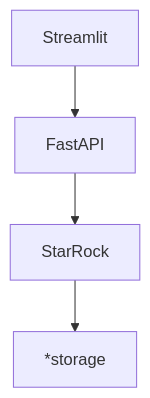
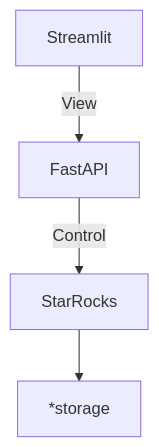
Before and after one commit to NewJerseyStyle/LitePolis: the first of 2 diagrams in README.md, drawn with Mermaid. The commit also changed other lines of this file, not shown here.

````diff
--- a/README.md
+++ b/README.md
@@ -51,6 +113,6 @@
 ```mermaid
   graph TD;
-      Streamlit-->FastAPI;
-      FastAPI-->StarRock;
-      StarRock-->*storage;
+      Streamlit-->|View|FastAPI;
+      FastAPI-->|Control|StarRocks;
+      StarRocks-->*storage;
 ```
````
